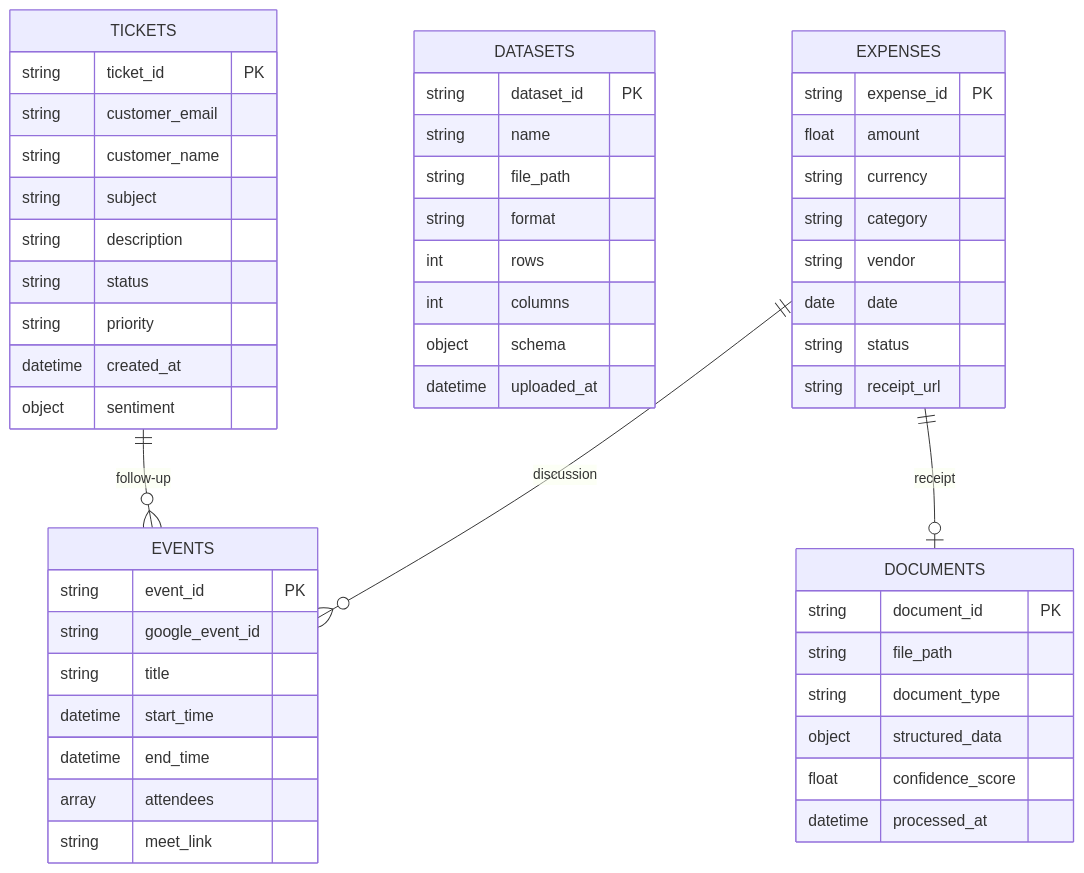
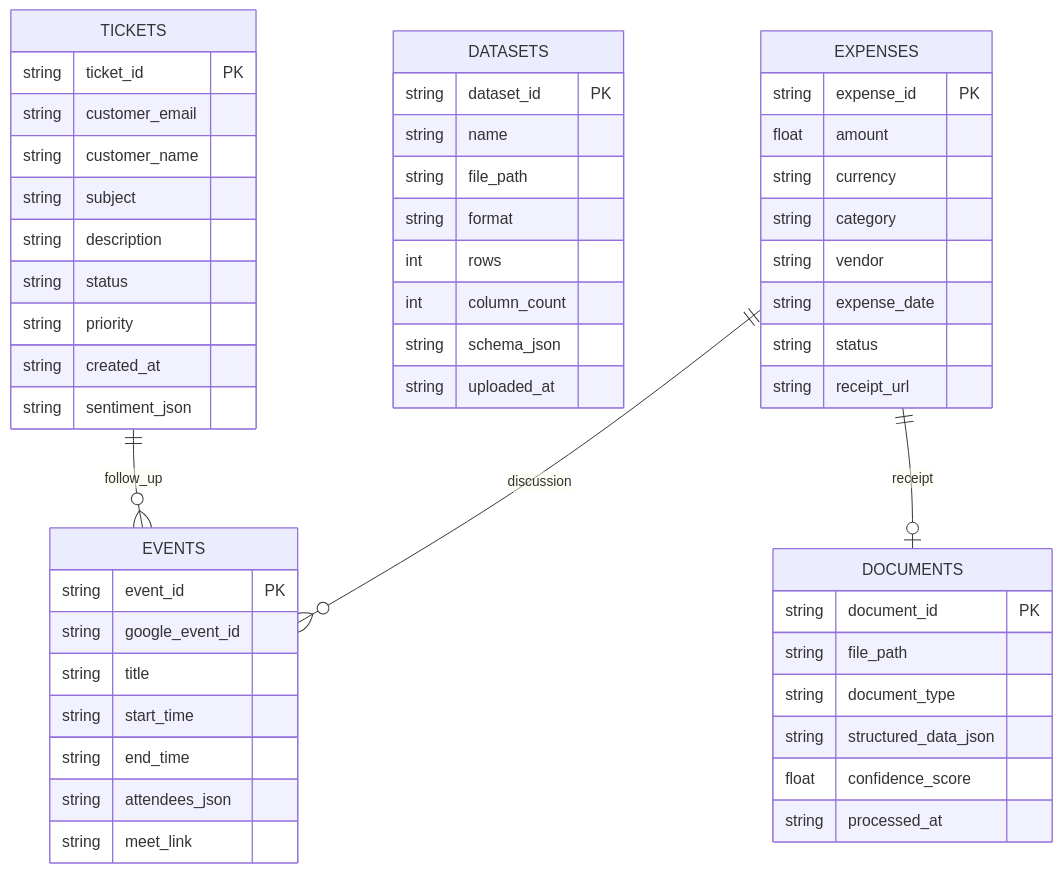
The fourth of 4 diagrams in README.md (Jayesh-Dev21/NasikoAlphaAgent-Submission), drawn with Mermaid before and after one commit. The commit also changed other lines of this file and 2 other files, not shown here.

Commit message:
major: name change

````diff
--- a/README.md
+++ b/README.md
@@ -243,59 +243,59 @@
 ```mermaid
 erDiagram
     TICKETS {
         string ticket_id PK
         string customer_email
         string customer_name
         string subject
         string description
         string status
         string priority
-        datetime created_at
-        object sentiment
+        string created_at
+        string sentiment_json
     }
     
     DATASETS {
         string dataset_id PK
         string name
         string file_path
         string format
         int rows
-        int columns
-        object schema
-        datetime uploaded_at
+        int column_count
+        string schema_json
+        string uploaded_at
     }
     
     EXPENSES {
         string expense_id PK
         float amount
         string currency
         string category
         string vendor
-        date date
+        string expense_date
         string status
         string receipt_url
     }
     
     EVENTS {
         string event_id PK
         string google_event_id
         string title
-        datetime start_time
-        datetime end_time
-        array attendees
+        string start_time
+        string end_time
+        string attendees_json
         string meet_link
     }
     
     DOCUMENTS {
         string document_id PK
         string file_path
         string document_type
-        object structured_data
+        string structured_data_json
         float confidence_score
-        datetime processed_at
+        string processed_at
     }
     
-    TICKETS ||--o{ EVENTS : "follow-up"
+    TICKETS ||--o{ EVENTS : "follow_up"
     EXPENSES ||--o| DOCUMENTS : "receipt"
     EXPENSES ||--o{ EVENTS : "discussion"
 ```
````
